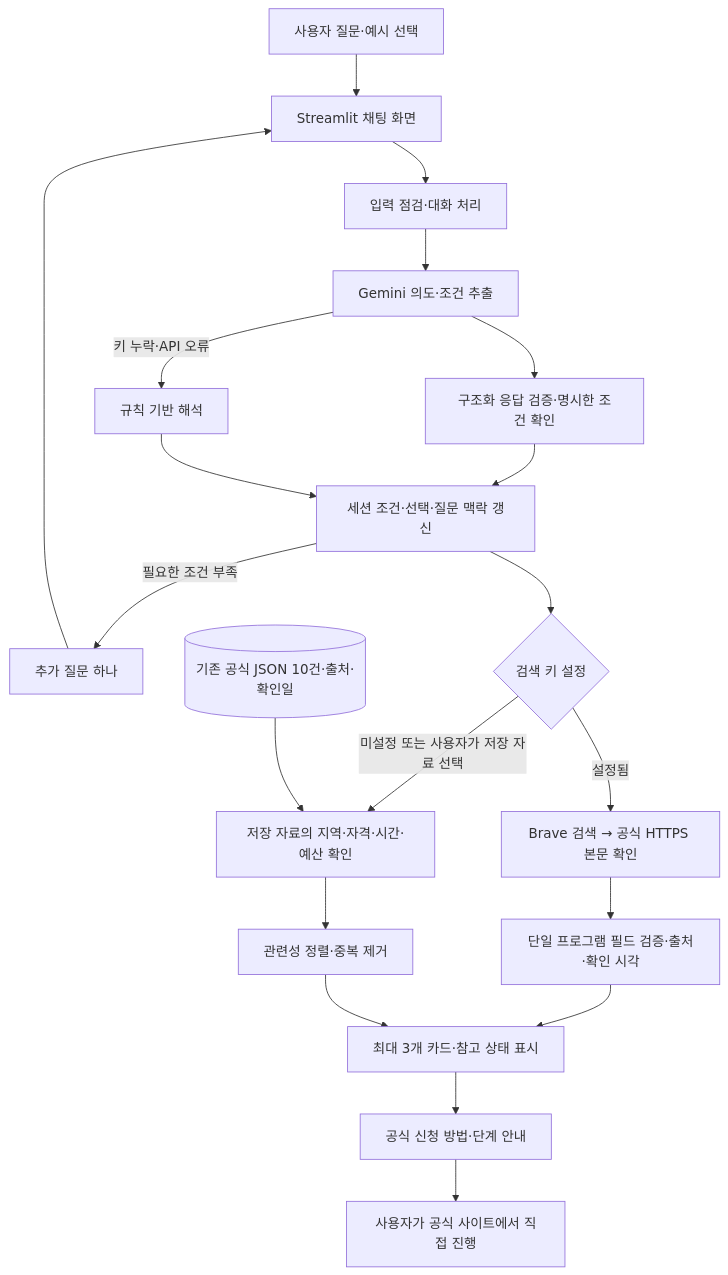
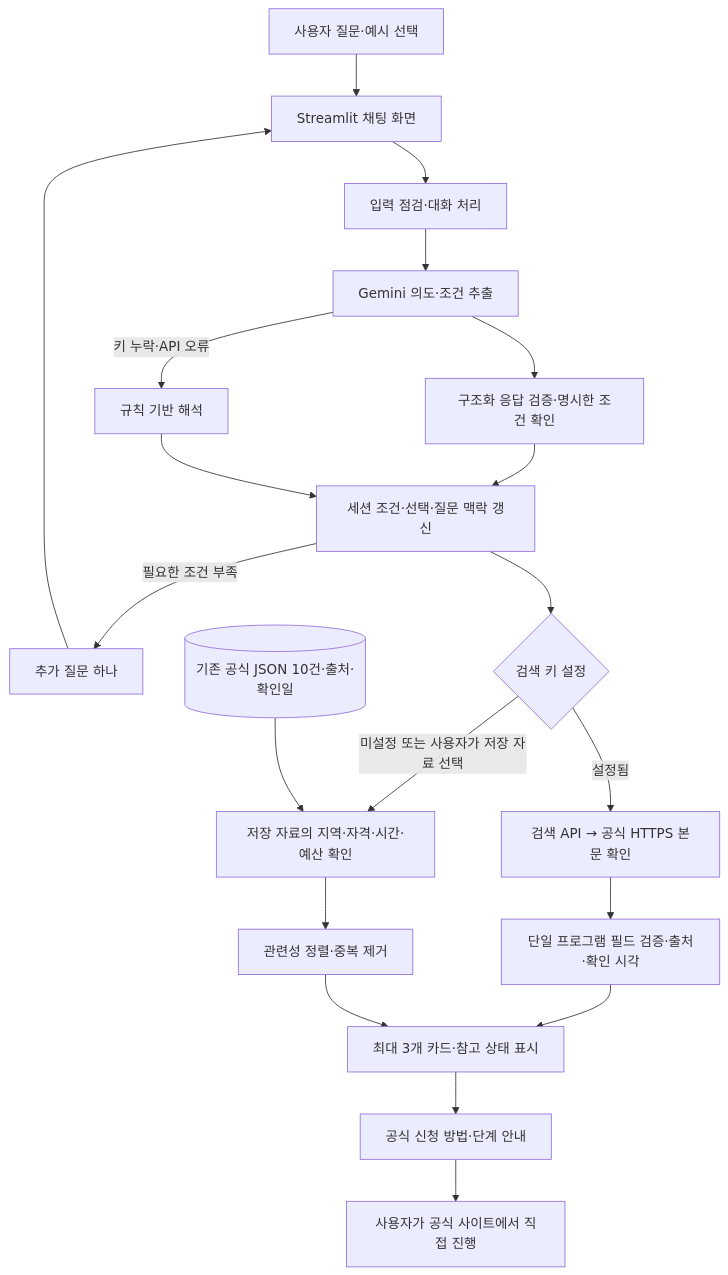
Before and after one commit to alstj0606/ieum-ai: the diagram in README.md, drawn with Mermaid. The commit also changed other lines of this file and 13 other files, not shown here.

````diff
--- a/README.md
+++ b/README.md
@@ -80,22 +91,22 @@
 ```mermaid
 flowchart TD
     U[사용자 질문·예시 선택] --> UI[Streamlit 채팅 화면]
     UI --> D[입력 점검·대화 처리]
     D --> G[Gemini 의도·조건 추출]
     G --> V[구조화 응답 검증·명시한 조건 확인]
     G -->|키 누락·API 오류| R[규칙 기반 해석]
     V --> S[세션 조건·선택·질문 맥락 갱신]
     R --> S
     S -->|필요한 조건 부족| Q[추가 질문 하나]
     Q --> UI
     S --> K{검색 키 설정}
-    K -->|설정됨| W[Brave 검색 → 공식 HTTPS 본문 확인]
+    K -->|설정됨| W[검색 API → 공식 HTTPS 본문 확인]
     W --> E[단일 프로그램 필드 검증·출처·확인 시각]
     E --> C
     K -->|미설정 또는 사용자가 저장 자료 선택| F[저장 자료의 지역·자격·시간·예산 확인]
     J[(기존 공식 JSON 10건·출처·확인일)] --> F
     F --> P[관련성 정렬·중복 제거]
     P --> C[최대 3개 카드·참고 상태 표시]
     C --> A[공식 신청 방법·단계 안내]
     A --> O[사용자가 공식 사이트에서 직접 진행]
 ```
````
